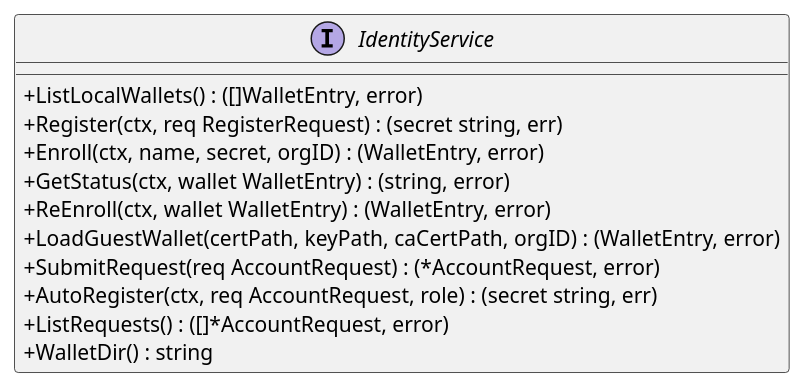
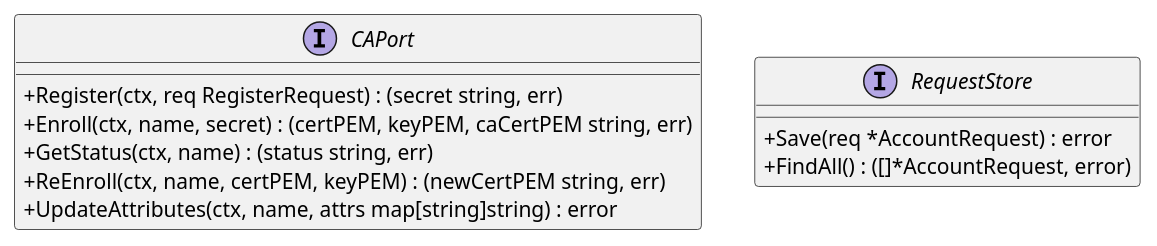
Before and after one commit to olivaux/myr: the third of 6 diagrams in specs/3-Conception/DC_D1_Auth_Identity.md, drawn with PlantUML. The commit also changed other lines of this file and 17 other files, not shown here.

````diff
--- a/specs/3-Conception/DC_D1_Auth_Identity.md
+++ b/specs/3-Conception/DC_D1_Auth_Identity.md
@@ -296,17 +245,17 @@
 ```plantuml
 @startuml
 skinparam classAttributeIconSize 0
-interface IdentityService {
-  + ListLocalWallets() : ([]WalletEntry, error)
+interface CAPort {
   + Register(ctx, req RegisterRequest) : (secret string, err)
-  + Enroll(ctx, name, secret, orgID) : (WalletEntry, error)
-  + GetStatus(ctx, wallet WalletEntry) : (string, error)
-  + ReEnroll(ctx, wallet WalletEntry) : (WalletEntry, error)
-  + LoadGuestWallet(certPath, keyPath, caCertPath, orgID) : (WalletEntry, error)
-  + SubmitRequest(req AccountRequest) : (*AccountRequest, error)
-  + AutoRegister(ctx, req AccountRequest, role) : (secret string, err)
-  + ListRequests() : ([]*AccountRequest, error)
-  + WalletDir() : string
+  + Enroll(ctx, name, secret) : (certPEM, keyPEM, caCertPEM string, err)
+  + GetStatus(ctx, name) : (status string, err)
+  + ReEnroll(ctx, name, certPEM, keyPEM) : (newCertPEM string, err)
+  + UpdateAttributes(ctx, name, attrs map[string]string) : error
+}
+
+interface RequestStore {
+  + Save(req *AccountRequest) : error
+  + FindAll() : ([]*AccountRequest, error)
 }
 @enduml
 ```
````
